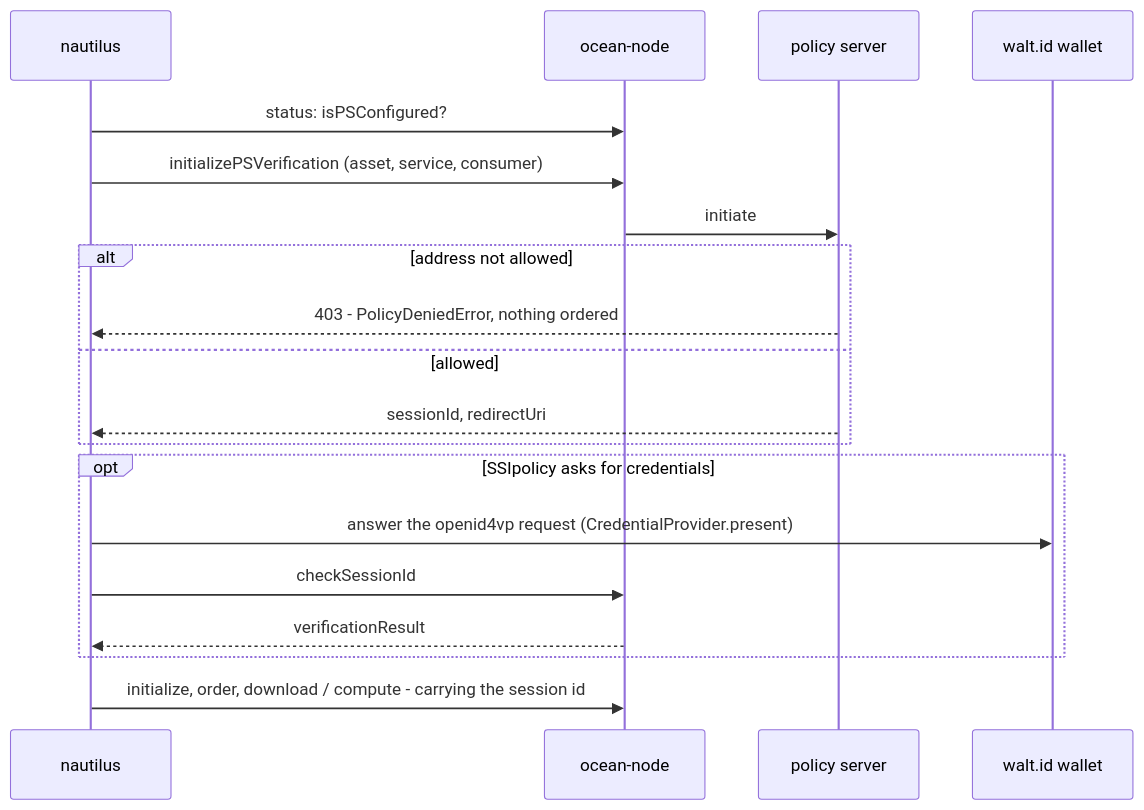
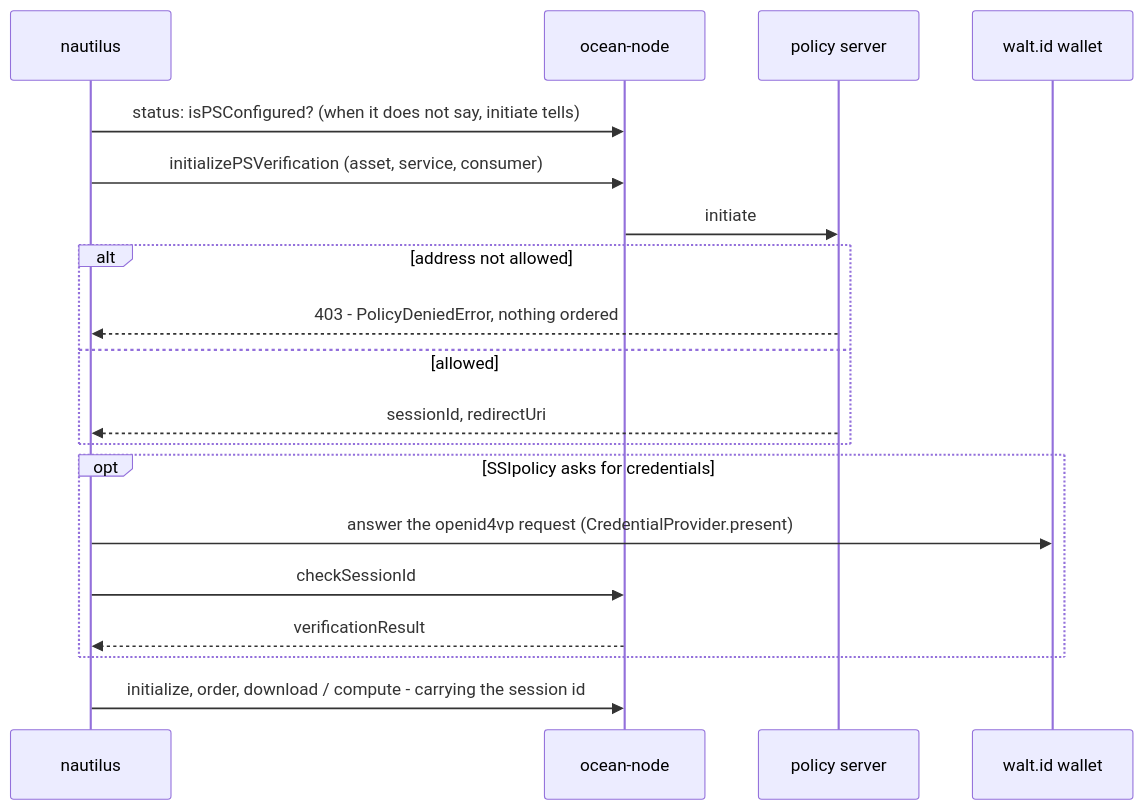
Before and after one commit to deltaDAO/nautilus: the second of 2 diagrams in docs/pages/docs/guides/identity.mdx, drawn with Mermaid. The commit also changed other lines of this file and 12 other files, not shown here.

Commit message:
fix: read an empty initiate 404 as a node without a policy server (ocean-node 4.2.0 reports no isPSConfigured)

````diff
--- a/docs/pages/docs/guides/identity.mdx
+++ b/docs/pages/docs/guides/identity.mdx
@@ -86,21 +86,21 @@
 ```mermaid
 sequenceDiagram
     participant N as nautilus
     participant ON as ocean-node
     participant PS as policy server
     participant W as walt.id wallet
-    N->>ON: status: isPSConfigured?
+    N->>ON: status: isPSConfigured? (when it does not say, initiate tells)
     N->>ON: initializePSVerification (asset, service, consumer)
     ON->>PS: initiate
     alt address not allowed
         PS-->>N: 403 - PolicyDeniedError, nothing ordered
     else allowed
         PS-->>N: sessionId, redirectUri
     end
     opt SSIpolicy asks for credentials
         N->>W: answer the openid4vp request (CredentialProvider.present)
         N->>ON: checkSessionId
         ON-->>N: verificationResult
     end
     N->>ON: initialize, order, download / compute - carrying the session id
 ```
````
